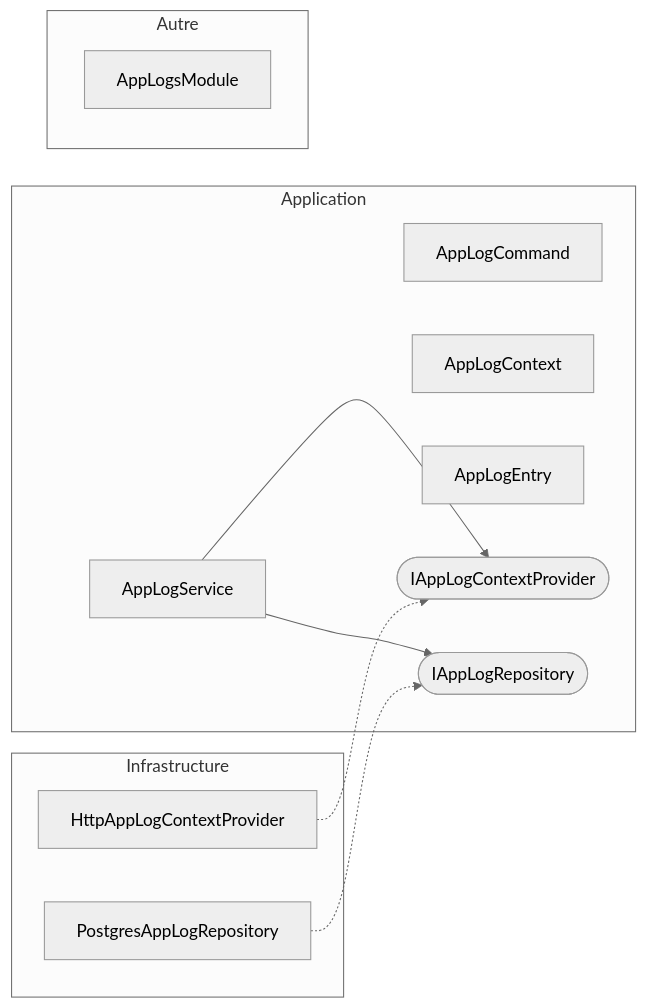
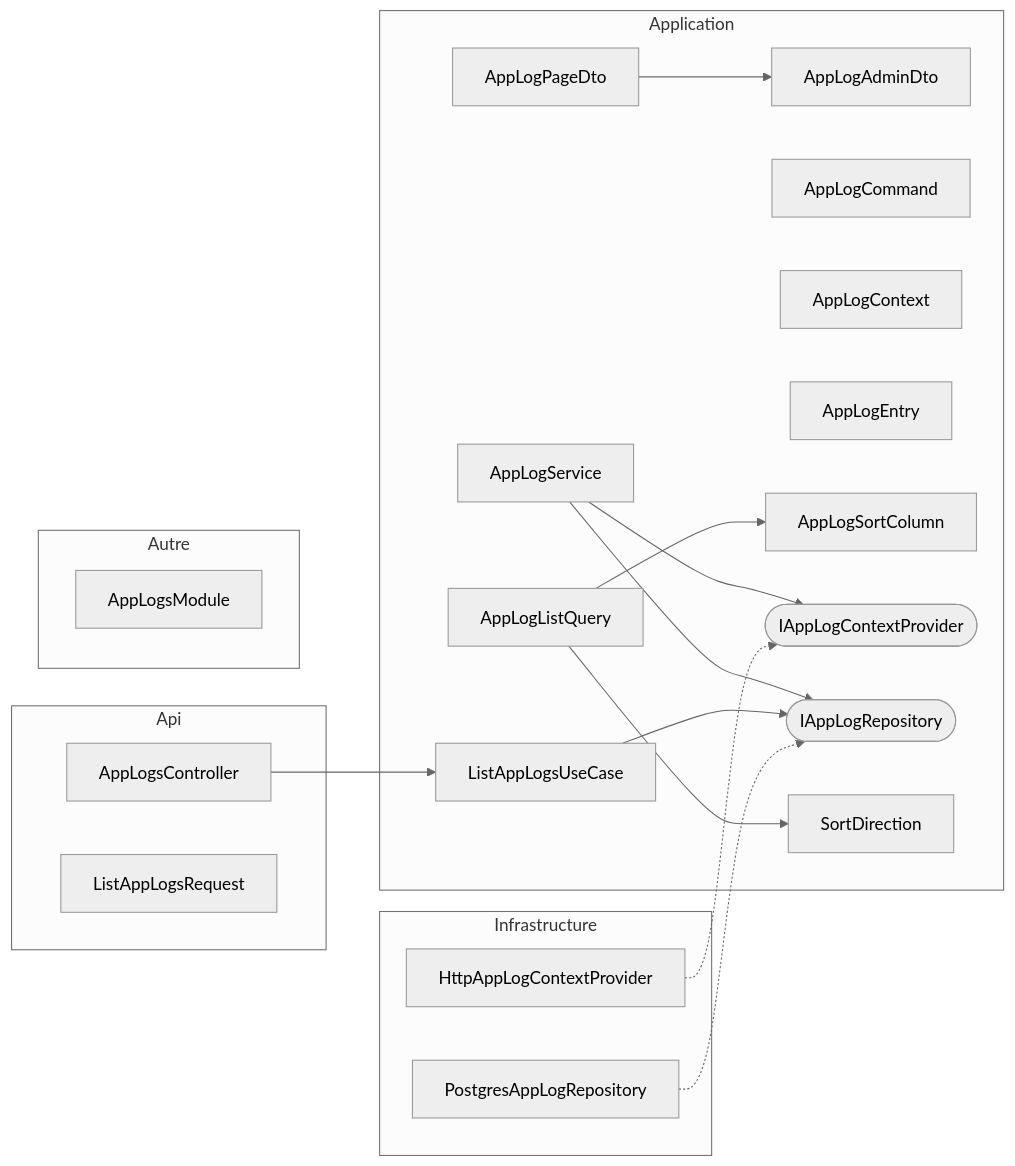
One commit to huiitre/Tools-app changed the diagram in api/docs/diagrams/Core/AppLogs/applogs.md. Above: the diagram before and after it, drawn with Mermaid (neutral theme). The commit also changed 59 other files, not shown here.

````diff
--- a/api/docs/diagrams/Core/AppLogs/applogs.md
+++ b/api/docs/diagrams/Core/AppLogs/applogs.md
@@ -5,22 +5,37 @@
 ```mermaid
 flowchart LR
+  subgraph Api
+  AppLogsController["AppLogsController"]
+  ListAppLogsRequest["ListAppLogsRequest"]
+  end
   subgraph Application
+  AppLogAdminDto["AppLogAdminDto"]
   AppLogCommand["AppLogCommand"]
   AppLogContext["AppLogContext"]
   AppLogEntry["AppLogEntry"]
+  AppLogListQuery["AppLogListQuery"]
+  AppLogPageDto["AppLogPageDto"]
   AppLogService["AppLogService"]
+  AppLogSortColumn["AppLogSortColumn"]
   IAppLogContextProvider(["IAppLogContextProvider"])
   IAppLogRepository(["IAppLogRepository"])
+  ListAppLogsUseCase["ListAppLogsUseCase"]
+  SortDirection["SortDirection"]
   end
   subgraph Infrastructure
   HttpAppLogContextProvider["HttpAppLogContextProvider"]
   PostgresAppLogRepository["PostgresAppLogRepository"]
   end
   subgraph Autre
   AppLogsModule["AppLogsModule"]
   end
+  AppLogListQuery --> AppLogSortColumn
+  AppLogListQuery --> SortDirection
+  AppLogPageDto --> AppLogAdminDto
   AppLogService --> IAppLogContextProvider
   AppLogService --> IAppLogRepository
+  AppLogsController --> ListAppLogsUseCase
   HttpAppLogContextProvider -.-> IAppLogContextProvider
+  ListAppLogsUseCase --> IAppLogRepository
   PostgresAppLogRepository -.-> IAppLogRepository
 ```
````
